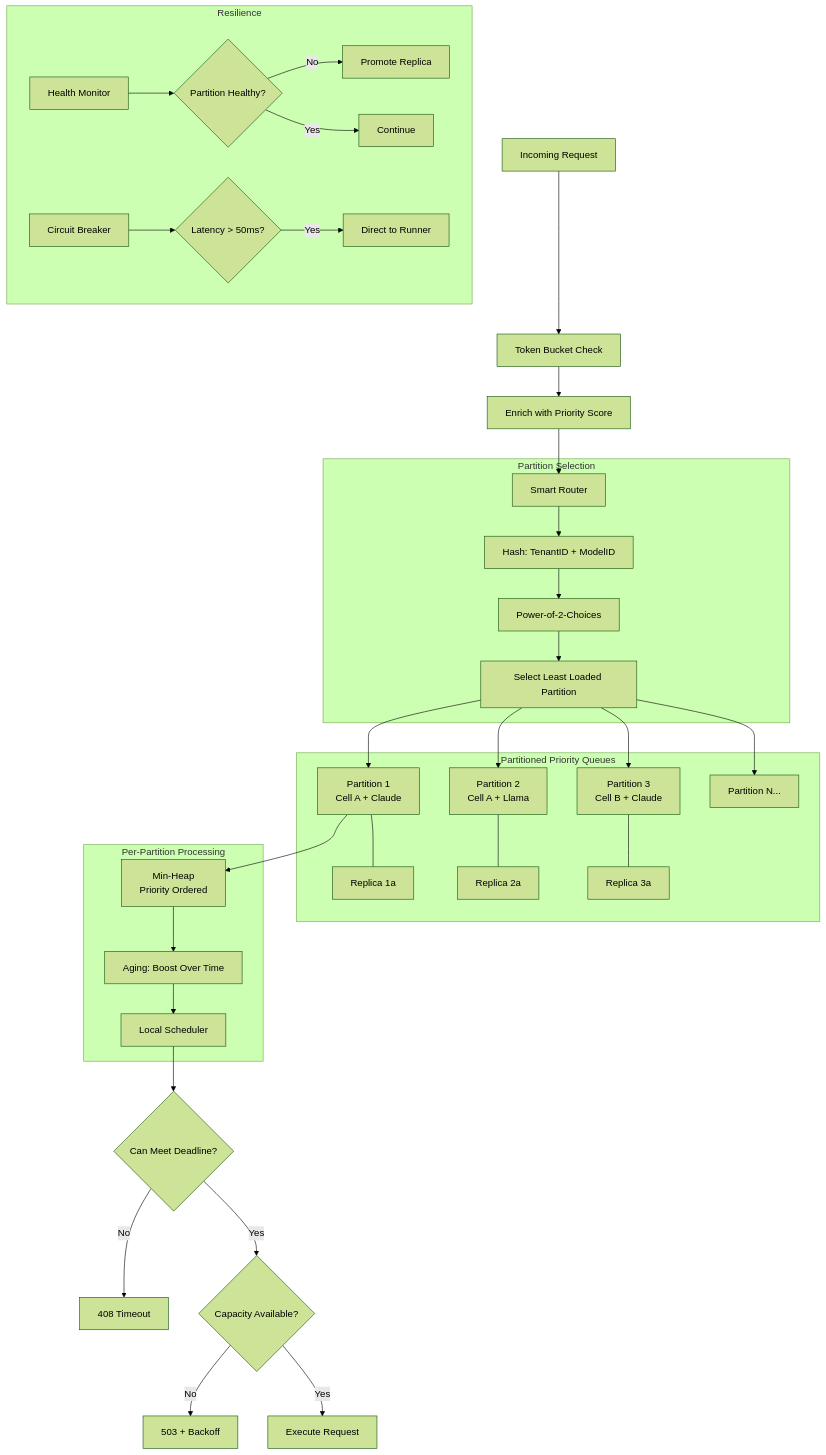
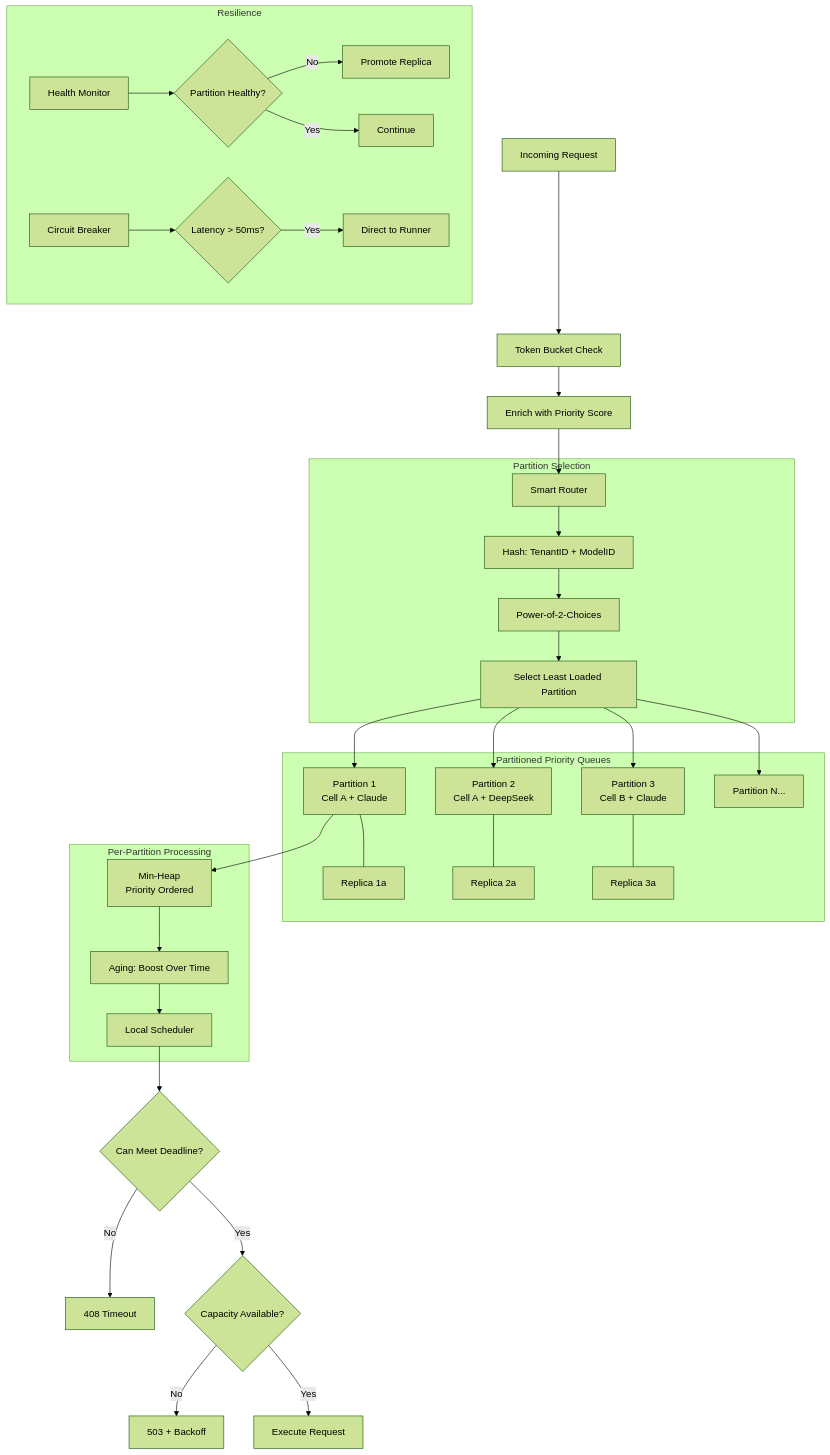
Before and after one commit to LatencyTDH/sample-architectural-designs: diagram 16 of 24 in amazon-bedrock/DesignBedrock.md, drawn with Mermaid (forest theme). The commit also changed other lines of this file, not shown here.

````diff
--- a/amazon-bedrock/DesignBedrock.md
+++ b/amazon-bedrock/DesignBedrock.md
@@ -2138,47 +2140,47 @@
 ```mermaid
 graph TD
     Request[Incoming Request] --> TokenBucket[Token Bucket Check]
     
     TokenBucket --> Enrich[Enrich with Priority Score]
     
     Enrich --> Router[Smart Router]
     
     subgraph "Partition Selection"
         Router --> Hash[Hash: TenantID + ModelID]
         Hash --> PowerOf2[Power-of-2-Choices]
         PowerOf2 --> Select[Select Least Loaded Partition]
     end
     
     subgraph "Partitioned Priority Queues"
         Select --> P1[Partition 1<br/>Cell A + Claude]
-        Select --> P2[Partition 2<br/>Cell A + Llama]
+        Select --> P2[Partition 2<br/>Cell A + DeepSeek]
         Select --> P3[Partition 3<br/>Cell B + Claude]
         Select --> PN[Partition N...]
         
         P1 --- R1[Replica 1a]
         P2 --- R2[Replica 2a]
         P3 --- R3[Replica 3a]
     end
     
     subgraph "Per-Partition Processing"
         P1 --> Heap1[Min-Heap<br/>Priority Ordered]
         Heap1 --> Aging1[Aging: Boost Over Time]
         Aging1 --> Scheduler1[Local Scheduler]
     end
     
     Scheduler1 --> Deadline{Can Meet Deadline?}
     Deadline -- No --> Reject[408 Timeout]
     Deadline -- Yes --> Capacity{Capacity Available?}
     
     Capacity -- No --> Backoff[503 + Backoff]
     Capacity -- Yes --> Execute[Execute Request]
     
     subgraph "Resilience"
         Health[Health Monitor] --> Failover{Partition Healthy?}
         Failover -- No --> Promote[Promote Replica]
         Failover -- Yes --> Continue[Continue]
         
         CB[Circuit Breaker] --> Bypass{Latency > 50ms?}
         Bypass -- Yes --> Direct[Direct to Runner]
     end
 ```
````
